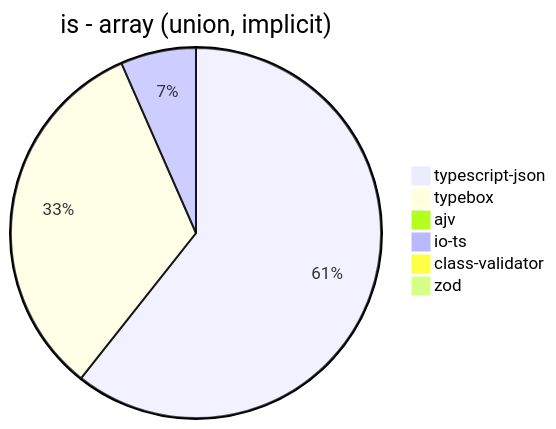
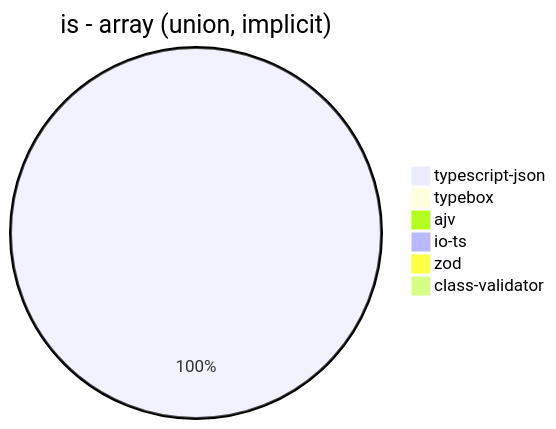
One commit to samchon/typia changed the seventh of 39 diagrams in benchmark/results/11th Gen Intel(R) Core(TM) i5-1135G7 @ 2.40GHz.md. Above: the diagram before and after it, drawn with Mermaid. The commit also changed other lines of this file and 177 other files, not shown here.

````diff
--- a/benchmark/results/11th Gen Intel(R) Core(TM) i5-1135G7 @ 2.40GHz.md
+++ b/benchmark/results/11th Gen Intel(R) Core(TM) i5-1135G7 @ 2.40GHz.md
@@ -87,9 +87,9 @@
 ```mermaid
 pie title is - array (union, implicit)
-  "typescript-json": 3855.1812522885393
-  "typebox": 2082.1018062397375
+  "typescript-json": 1641.1124977714387
+  "typebox": 0
   "ajv": 0
-  "io-ts": 418.66422689844467
-  "class-validator": 9.320905459387484
-  "zod": 3.750234389649353
+  "io-ts": 0
+  "zod": 0
+  "class-validator": 0
 ```
````
